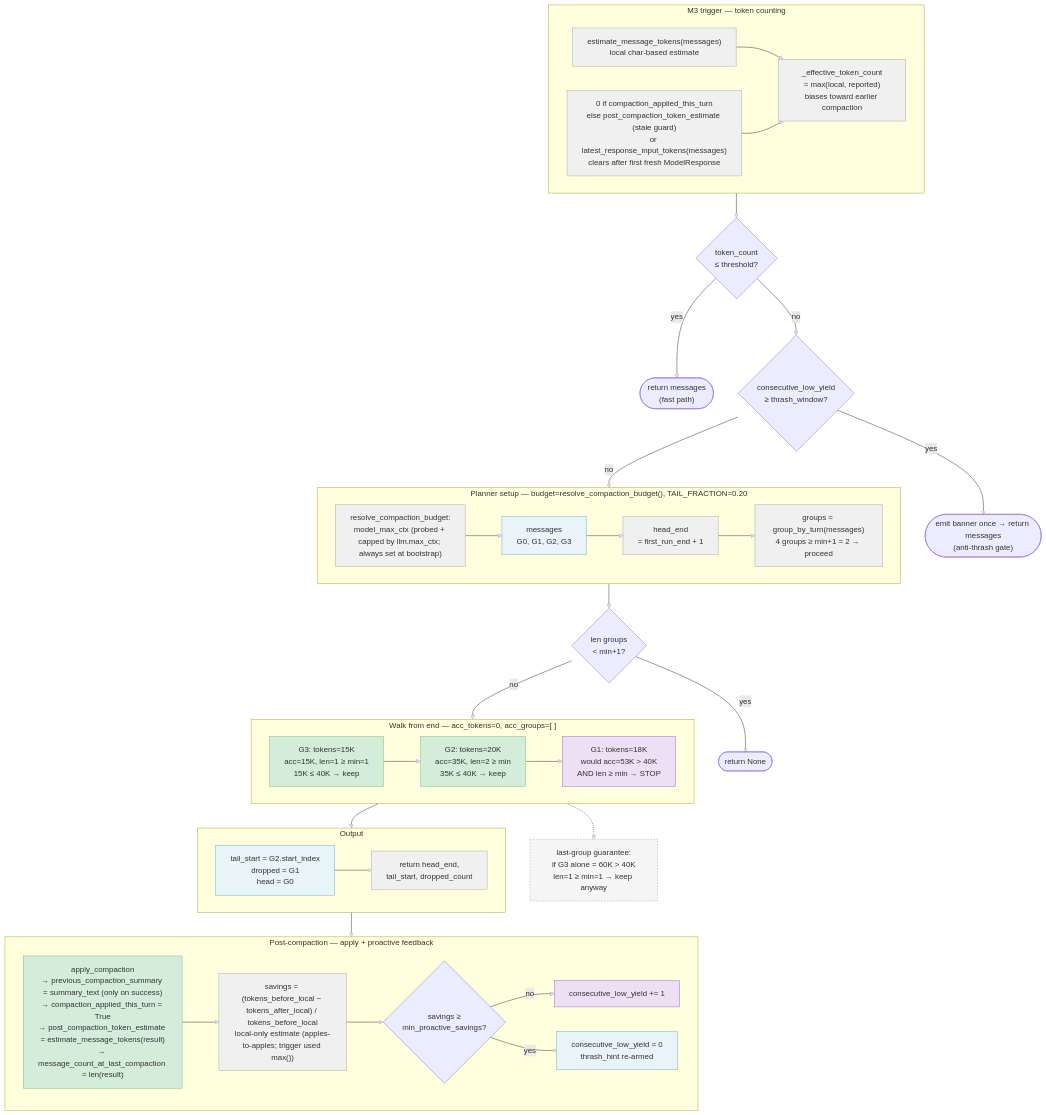
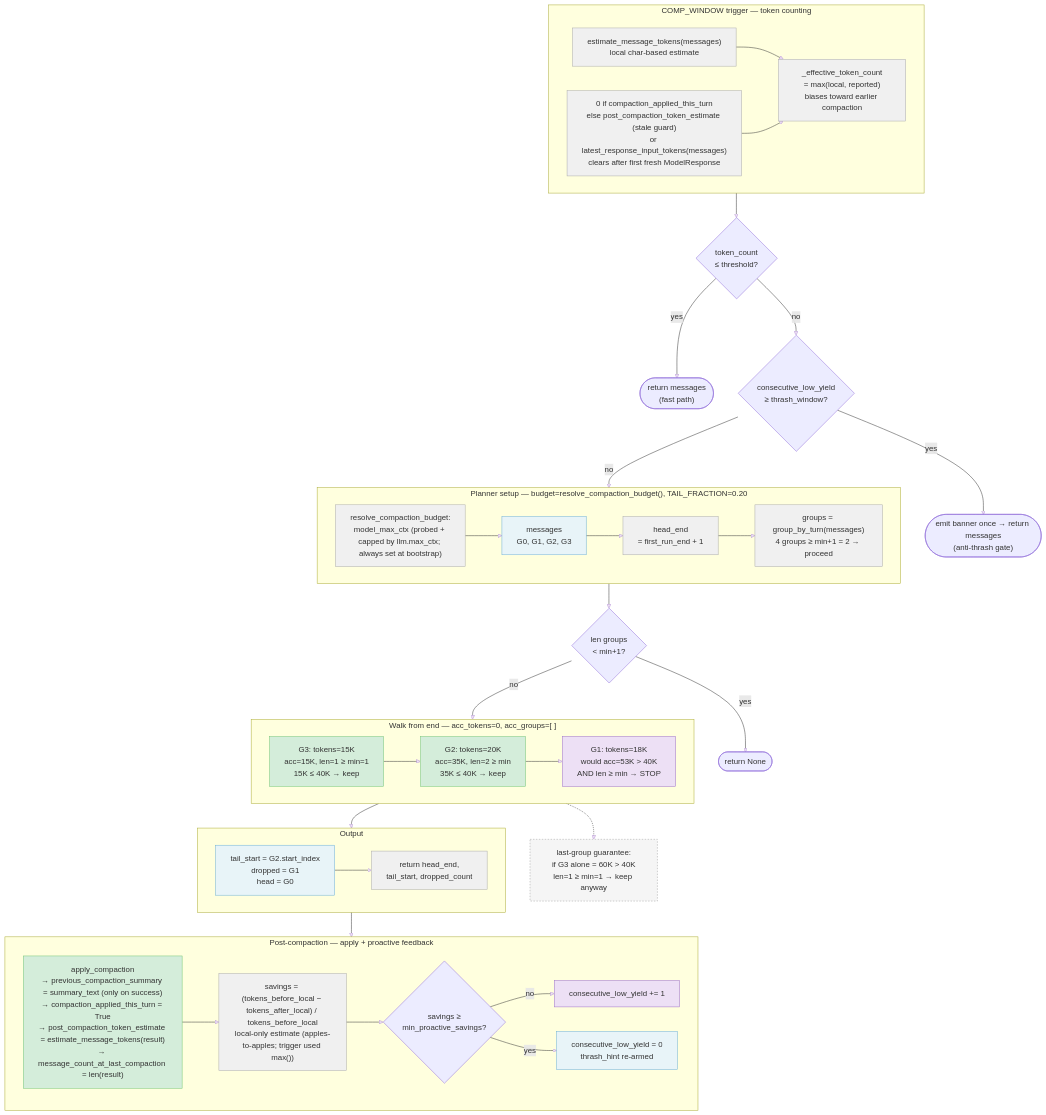
One commit to binlecode/co-cli changed the fourth of 7 diagrams in docs/specs/compaction.md. Above: the diagram before and after it, drawn with Mermaid. The commit also changed other lines of this file, not shown here.

First line of the commit message:
docs(compaction): replace M-labels with meaningful COMP_* CAPWORDs throughout spec

````diff
--- a/docs/specs/compaction.md
+++ b/docs/specs/compaction.md
@@ -168,68 +168,68 @@
 ```mermaid
 flowchart TD
-    subgraph Trigger["M3 trigger — token counting"]
+    subgraph Trigger["COMP_WINDOW trigger — token counting"]
         direction LR
         t_local["estimate_message_tokens(messages)\nlocal char-based estimate"]:::meta
         t_rep["0 if compaction_applied_this_turn\nelse post_compaction_token_estimate (stale guard)\nor latest_response_input_tokens(messages)\nclears after first fresh ModelResponse"]:::meta
         t_eff["_effective_token_count\n= max(local, reported)\nbiases toward earlier compaction"]:::meta
         t_local --> t_eff
         t_rep --> t_eff
     end
 
     ThreshCheck{"token_count\n≤ threshold?"}
     FastPath(["return messages\n(fast path)"])
     ThrashCheck{"consecutive_low_yield\n≥ thrash_window?"}
     ThrashGate(["emit banner once → return messages\n(anti-thrash gate)"])
 
     subgraph Setup["Planner setup — budget=resolve_compaction_budget(), TAIL_FRACTION=0.20"]
         direction LR
         s_bres["resolve_compaction_budget:\nmodel_max_ctx (probed + capped by llm.max_ctx; always set at bootstrap)"]:::meta --> s_msgs["messages\nG0, G1, G2, G3"]:::head --> s_hinit["head_end\n= first_run_end + 1"]:::meta --> s_grps["groups = group_by_turn(messages)\n4 groups ≥ min+1 = 2 → proceed"]:::meta
     end
 
     Check{len groups\n&lt; min+1?}
     Abort(["return None"])
 
     subgraph Walk["Walk from end — acc_tokens=0, acc_groups=[ ]"]
         direction LR
         w1["G3: tokens=15K\nacc=15K, len=1 ≥ min=1\n15K ≤ 40K → keep"]:::tail --> w2["G2: tokens=20K\nacc=35K, len=2 ≥ min\n35K ≤ 40K → keep"]:::tail --> w3["G1: tokens=18K\nwould acc=53K &gt; 40K\nAND len ≥ min → STOP"]:::marker
     end
 
     subgraph Output["Output"]
         direction LR
         o_bounds["tail_start = G2.start_index\ndropped = G1\nhead = G0"]:::head --> o_ret["return head_end,\ntail_start, dropped_count"]:::meta
     end
 
     note_clamp["last-group guarantee:\nif G3 alone = 60K &gt; 40K\nlen=1 ≥ min=1 → keep anyway"]:::prior
 
     subgraph PostCompact["Post-compaction — apply + proactive feedback"]
         direction LR
         pc1["apply_compaction\n→ previous_compaction_summary = summary_text (only on success)\n→ compaction_applied_this_turn = True\n→ post_compaction_token_estimate = estimate_message_tokens(result)\n→ message_count_at_last_compaction = len(result)"]:::tail --> pc2["savings = (tokens_before_local − tokens_after_local) / tokens_before_local\nlocal-only estimate (apples-to-apples; trigger used max())"]:::meta --> pc3{"savings ≥\nmin_proactive_savings?"}
         pc3 -->|"no"| pc4["consecutive_low_yield += 1"]:::marker
         pc3 -->|"yes"| pc5["consecutive_low_yield = 0\nthrash_hint re-armed"]:::head
     end
 
     Trigger --> ThreshCheck
     ThreshCheck -->|"yes"| FastPath
     ThreshCheck -->|"no"| ThrashCheck
     ThrashCheck -->|"yes"| ThrashGate
     ThrashCheck -->|"no"| Setup
     Setup --> Check
     Check -->|"yes"| Abort
     Check -->|"no"| Walk
     Walk --> Output
     Output --> PostCompact
     w1 -.-> note_clamp
 
     classDef syspr fill:#fff3e0,stroke:#f57c00
     classDef head fill:#e8f4f8,stroke:#6baed6
     classDef prior fill:#f5f5f5,stroke:#9e9e9e,stroke-dasharray:3 3
     classDef marker fill:#ede0f5,stroke:#9c6fc7
     classDef meta fill:#f0f0f0,stroke:#aaa
     classDef tail fill:#d4edda,stroke:#74c476
 
     class t_local,t_rep,t_eff,s_bres,s_hinit,s_grps,pc2,o_ret meta
     class s_msgs,o_bounds,pc5 head
     class w1,w2,pc1 tail
     class w3,pc4 marker
     class note_clamp prior
 ```
````
